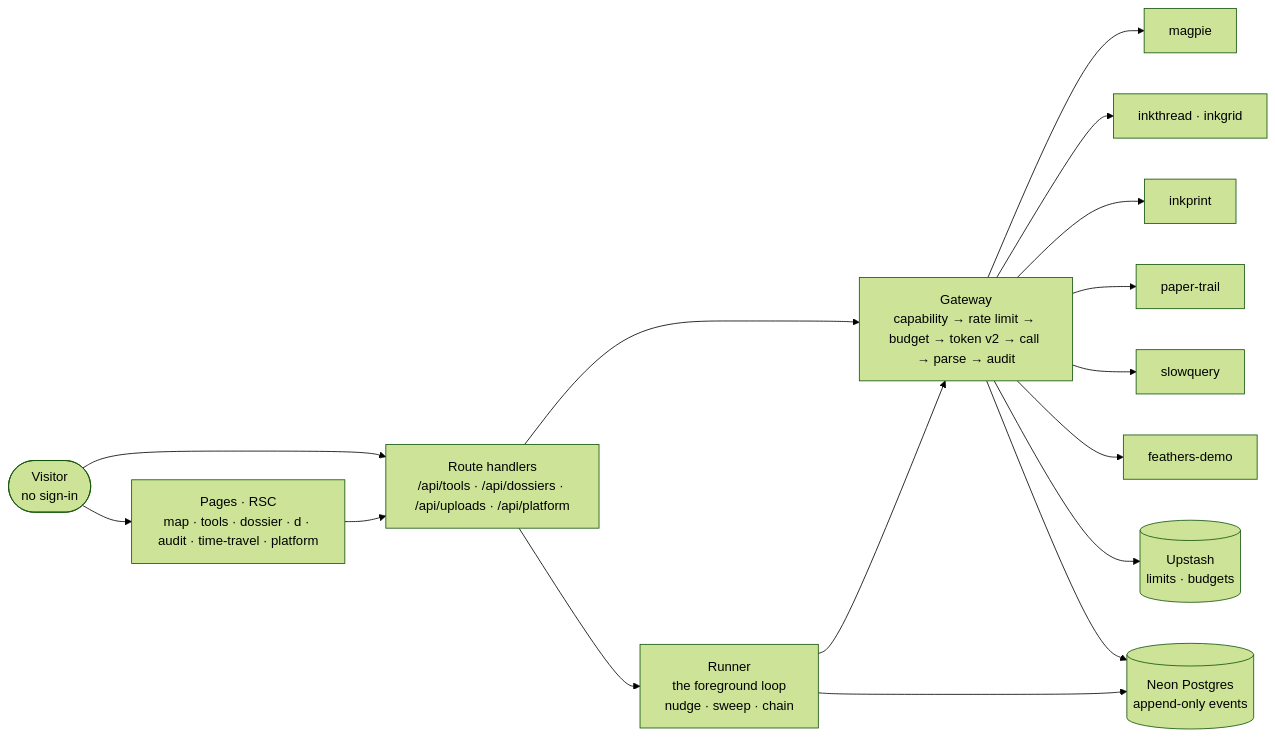
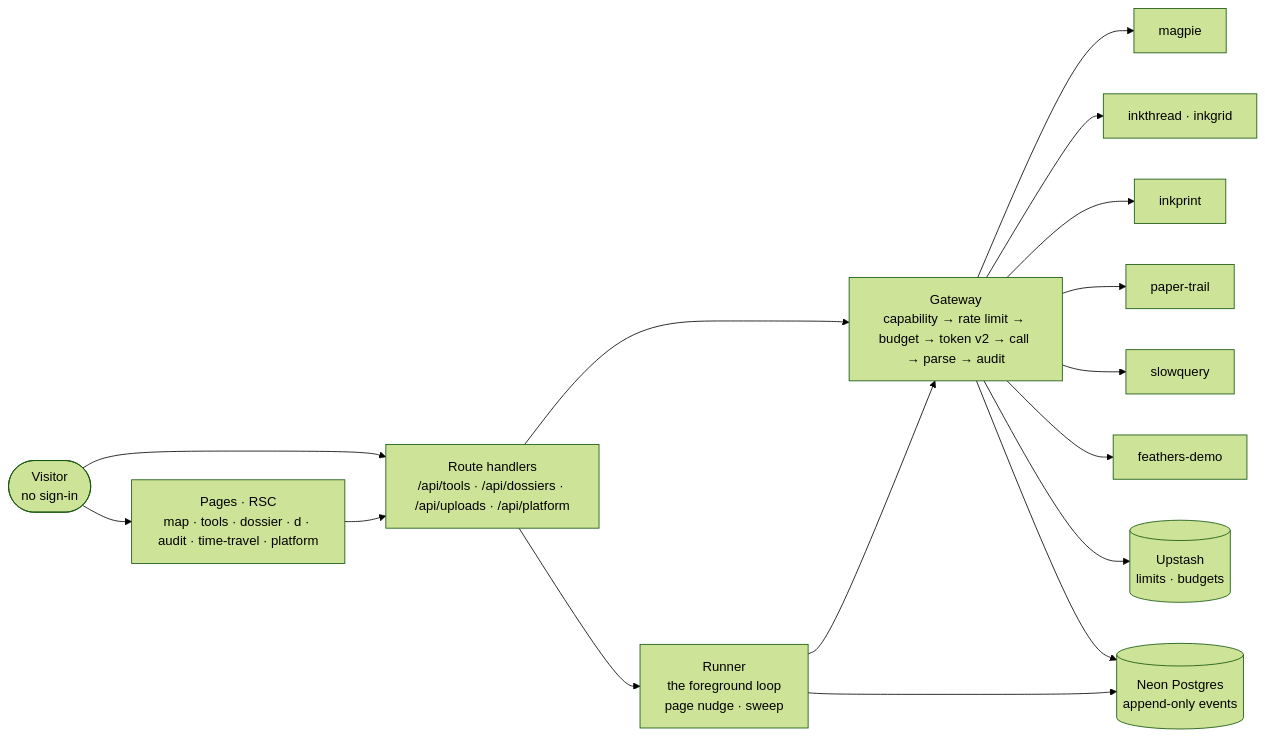
Before and after one commit to Abdul-Muizz1310/bastion: the first of 2 diagrams in README.md, drawn with Mermaid (forest theme). The commit also changed other lines of this file and 4 other files, not shown here.

Commit message:
docs: describe the two drivers: the visitor's page and the sweep

````diff
--- a/README.md
+++ b/README.md
@@ -89,18 +89,18 @@
 ```mermaid
 flowchart LR
     V([Visitor<br/>no sign-in]) --> Pages[Pages · RSC<br/>map · tools · dossier · d · audit · time-travel · platform]
     V --> API[Route handlers<br/>/api/tools · /api/dossiers · /api/uploads · /api/platform]
     Pages --> API
     API --> GW[Gateway<br/>capability → rate limit → budget → token v2 → call → parse → audit]
-    API --> RUN[Runner<br/>the foreground loop<br/>nudge · sweep · chain]
+    API --> RUN[Runner<br/>the foreground loop<br/>page nudge · sweep]
     RUN --> GW
     GW --> MG[magpie]
     GW --> IT[inkthread · inkgrid]
     GW --> IP[inkprint]
     GW --> PT[paper-trail]
     GW --> SQ[slowquery]
     GW --> FD[feathers-demo]
     GW --> UP[(Upstash<br/>limits · budgets)]
     GW --> DB[(Neon Postgres<br/>append-only events)]
     RUN --> DB
 ```
````
